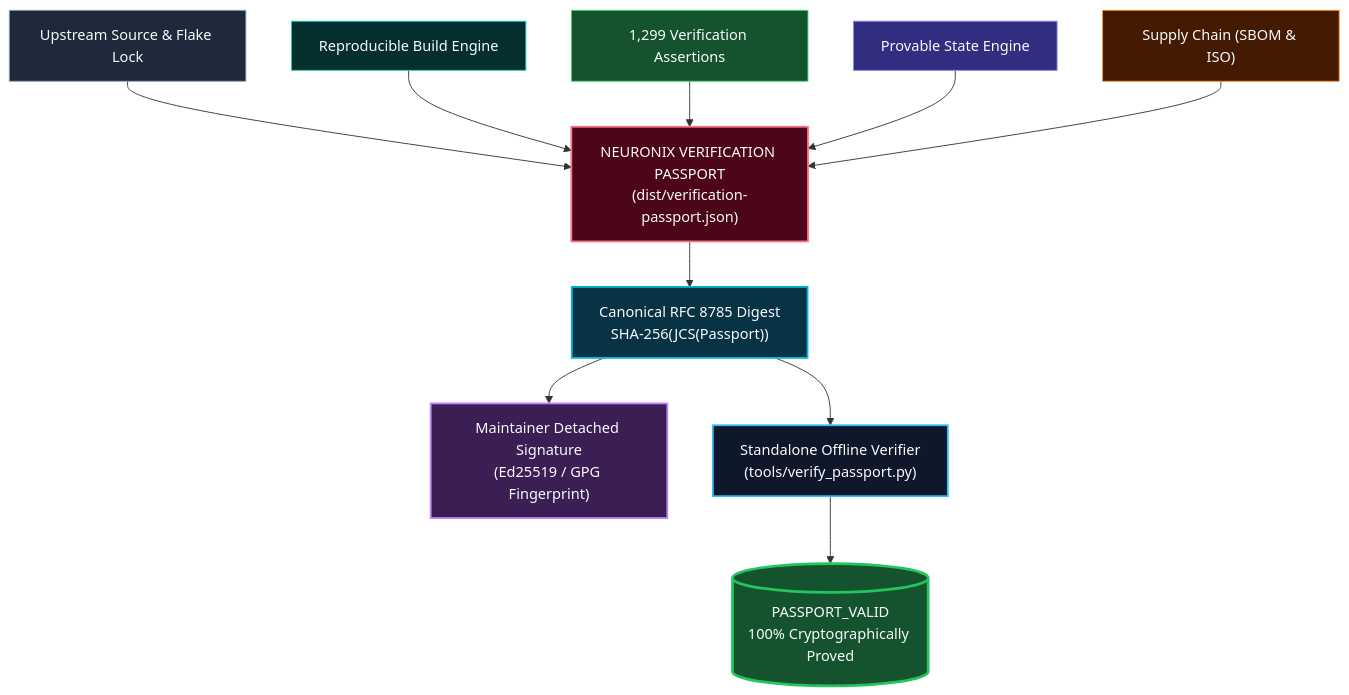
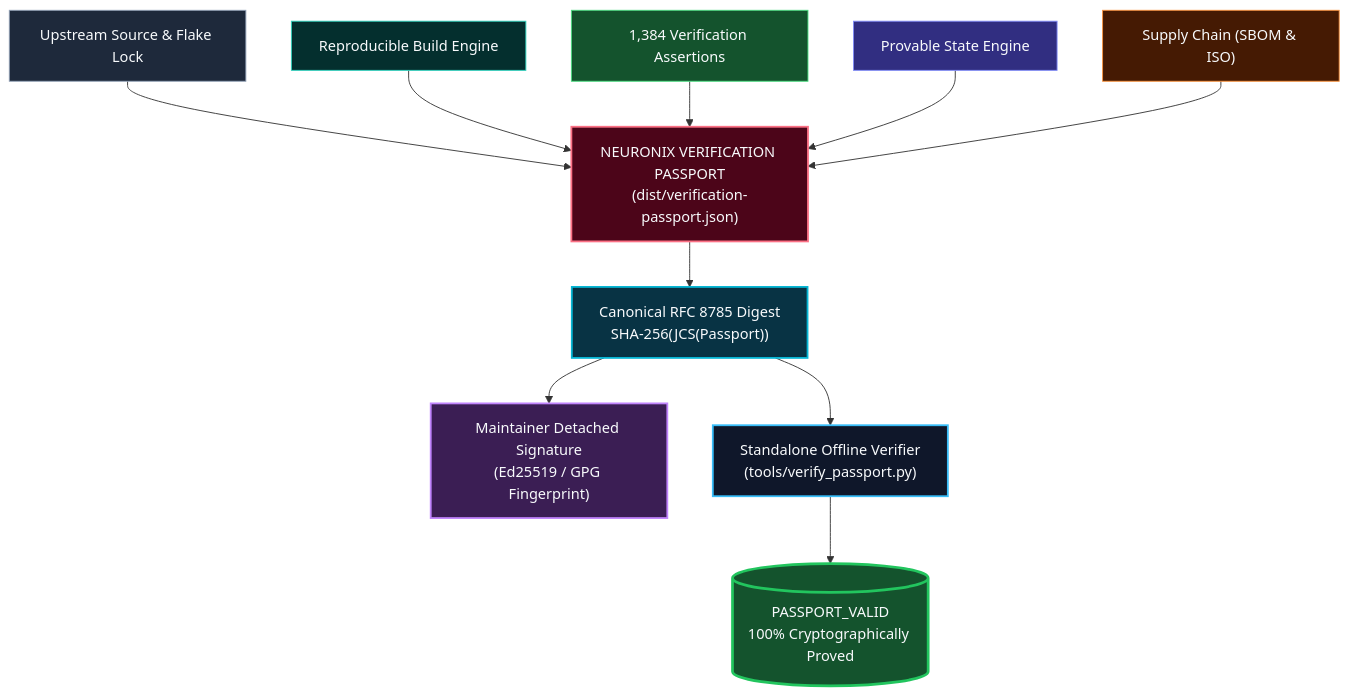
The diagram in docs/specifications/13_verification_passport_specification.md (adamriofc/NeuronixOS), drawn with Mermaid before and after one commit. The commit also changed other lines of this file and 18 other files, not shown here.

````diff
--- a/docs/specifications/13_verification_passport_specification.md
+++ b/docs/specifications/13_verification_passport_specification.md
@@ -32,31 +32,31 @@
 ```mermaid
 flowchart TD
     SOURCE["Upstream Source & Flake Lock"]:::sourceNode
     BUILD["Reproducible Build Engine"]:::buildNode
-    TESTS["1,299 Verification Assertions"]:::testNode
+    TESTS["1,384 Verification Assertions"]:::testNode
     ENGINE["Provable State Engine"]:::stateNode
     SUPPLY["Supply Chain (SBOM & ISO)"]:::supplyNode
 
     SOURCE --> PASSPORT["NEURONIX VERIFICATION PASSPORT<br>(dist/verification-passport.json)"]:::passportNode
     BUILD --> PASSPORT
     TESTS --> PASSPORT
     ENGINE --> PASSPORT
     SUPPLY --> PASSPORT
 
     PASSPORT --> DIGEST["Canonical RFC 8785 Digest<br>SHA-256(JCS(Passport))"]:::digestNode
     DIGEST --> SIG["Maintainer Detached Signature<br>(Ed25519 / GPG Fingerprint)"]:::sigNode
     DIGEST --> VERIFIER["Standalone Offline Verifier<br>(tools/verify_passport.py)"]:::verifierNode
 
     VERIFIER --> RESULT[("PASSPORT_VALID<br>100% Cryptographically Proved")]:::resultNode
 
     classDef sourceNode fill:#1e293b,stroke:#94a3b8,stroke-width:1px,color:#f8fafc;
     classDef buildNode fill:#042f2e,stroke:#2dd4bf,stroke-width:1px,color:#f8fafc;
     classDef testNode fill:#14532d,stroke:#4ade80,stroke-width:1px,color:#f8fafc;
     classDef stateNode fill:#312e81,stroke:#818cf8,stroke-width:1px,color:#f8fafc;
     classDef supplyNode fill:#451a03,stroke:#fb923c,stroke-width:1px,color:#f8fafc;
     classDef passportNode fill:#4c0519,stroke:#fb7185,stroke-width:2px,color:#f8fafc;
     classDef digestNode fill:#083344,stroke:#06b6d4,stroke-width:2px,color:#f8fafc;
     classDef sigNode fill:#3b1e54,stroke:#c084fc,stroke-width:2px,color:#f8fafc;
     classDef verifierNode fill:#0f172a,stroke:#38bdf8,stroke-width:2px,color:#f8fafc;
     classDef resultNode fill:#14532d,stroke:#22c55e,stroke-width:3px,color:#f8fafc;
 ```
````
